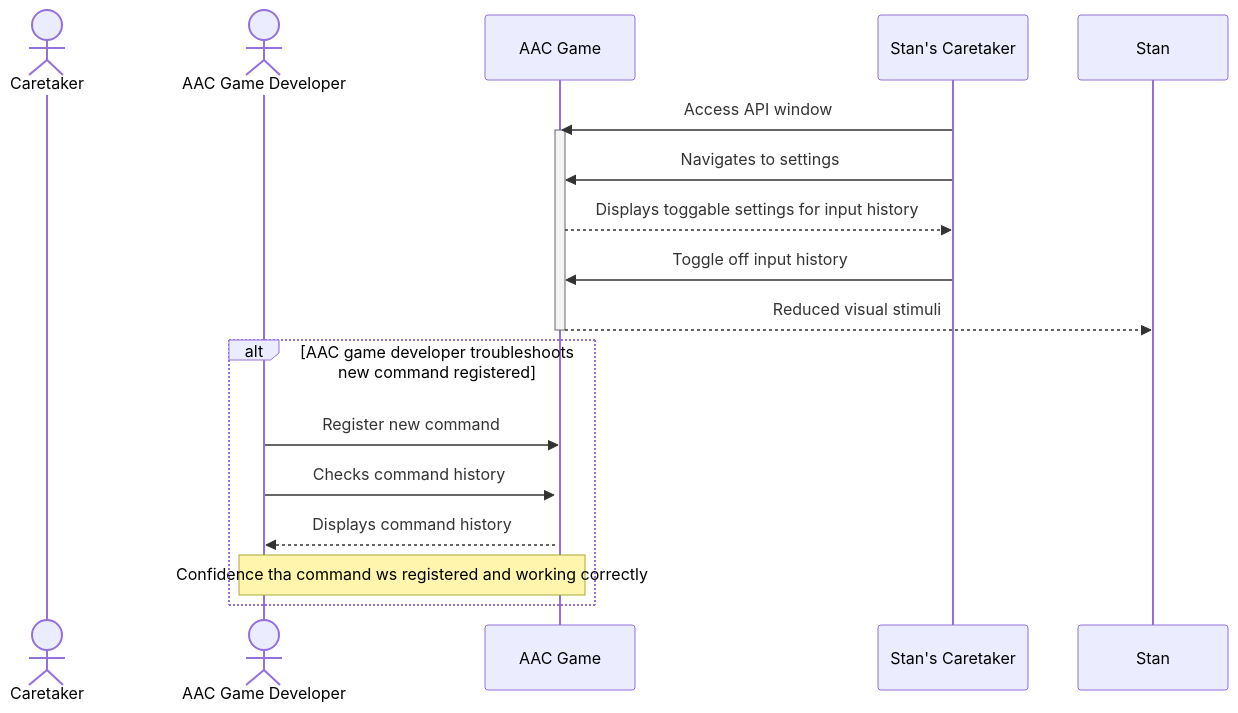
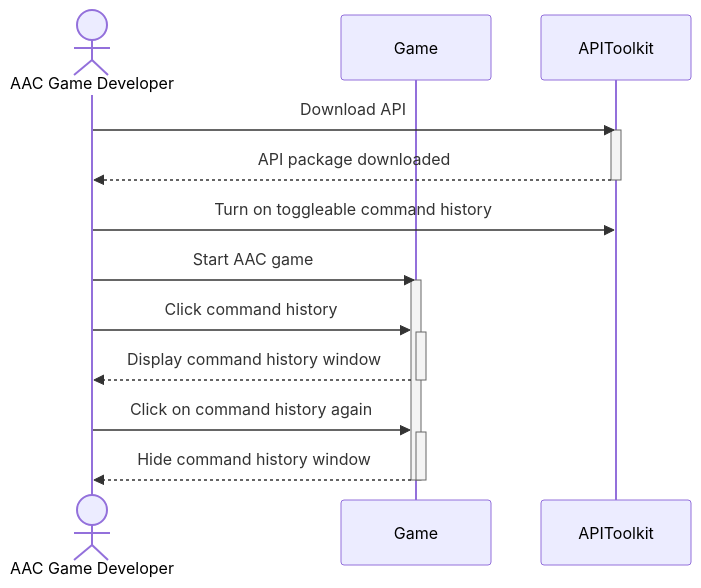
The seventh of 8 diagrams in documentation/docs/system-architecture/sequence-diagrams.md (Capstone-Projects-2025-Fall/project-001-aac-api), drawn with Mermaid before and after one commit.

Commit message:
Update Sequence Diagram 7

````diff
--- a/documentation/docs/system-architecture/sequence-diagrams.md
+++ b/documentation/docs/system-architecture/sequence-diagrams.md
@@ -229,22 +229,23 @@
 ```mermaid
 sequenceDiagram
-    actor Caretaker
     actor AAC Game Developer
-    participant AAC Game
+    participant Game
+    participant APIToolkit
     
-    Stan's Caretaker ->> AAC Game: Access API window
-    activate AAC Game
-    Stan's Caretaker ->> AAC Game: Navigates to settings
-    AAC Game -->> Stan's Caretaker: Displays toggable settings for input history
-    Stan's Caretaker ->> AAC Game: Toggle off input history
-    
-    AAC Game -->> Stan: Reduced visual stimuli
-    deactivate AAC Game    
-    alt AAC game developer troubleshoots new command registered
-        AAC Game Developer ->> AAC Game: Register new command
-        activate AAC Game
-        AAC Game Developer ->> AAC Game: Checks command history
-        AAC Game -->> AAC Game Developer: Displays command history
-        Note over AAC Game Developer, AAC Game: Confidence tha command ws registered and working correctly
-    end
+    AAC Game Developer->>APIToolkit: Download API
+    activate APIToolkit
+    APIToolkit-->>AAC Game Developer: API package downloaded
+    deactivate APIToolkit
+    AAC Game Developer->>APIToolkit: Turn on toggleable command history
+    AAC Game Developer->>Game: Start AAC game
+    activate Game
+    AAC Game Developer->>Game: Click command history
+    activate Game
+    Game-->>AAC Game Developer: Display command history window
+    deactivate Game
+    AAC Game Developer->>Game: Click on command history again
+    activate Game
+    Game-->>AAC Game Developer: Hide command history window
+    deactivate Game
+    deactivate Game
 ```
````
